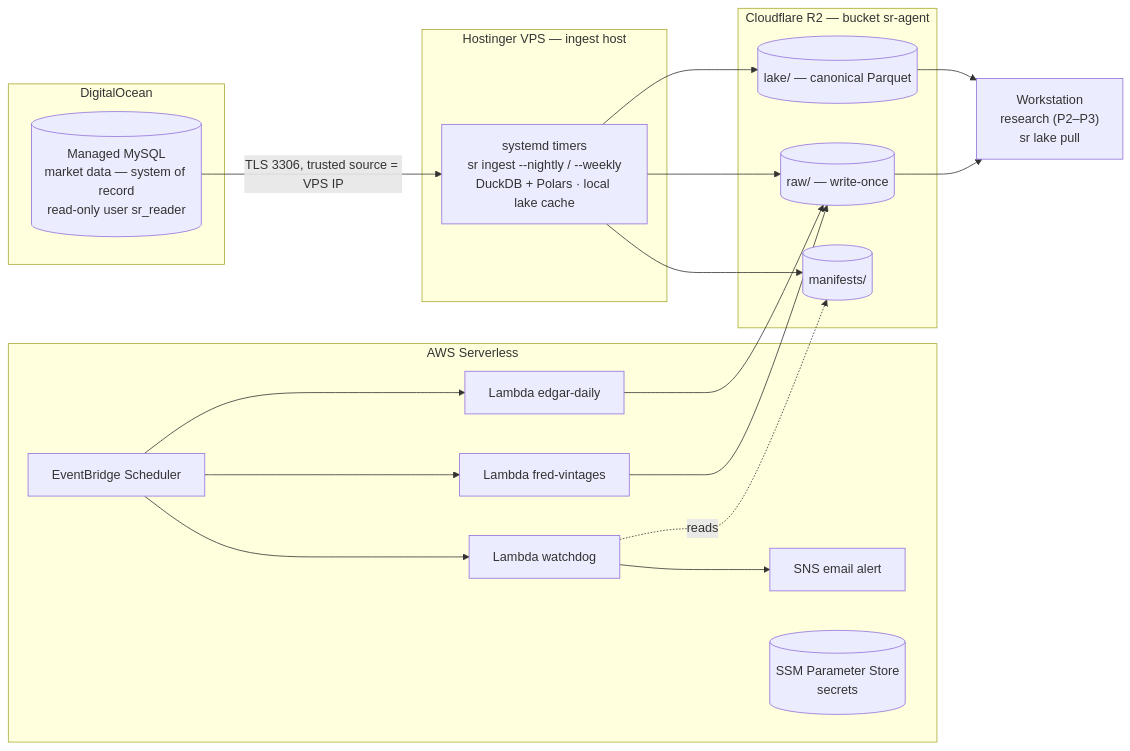
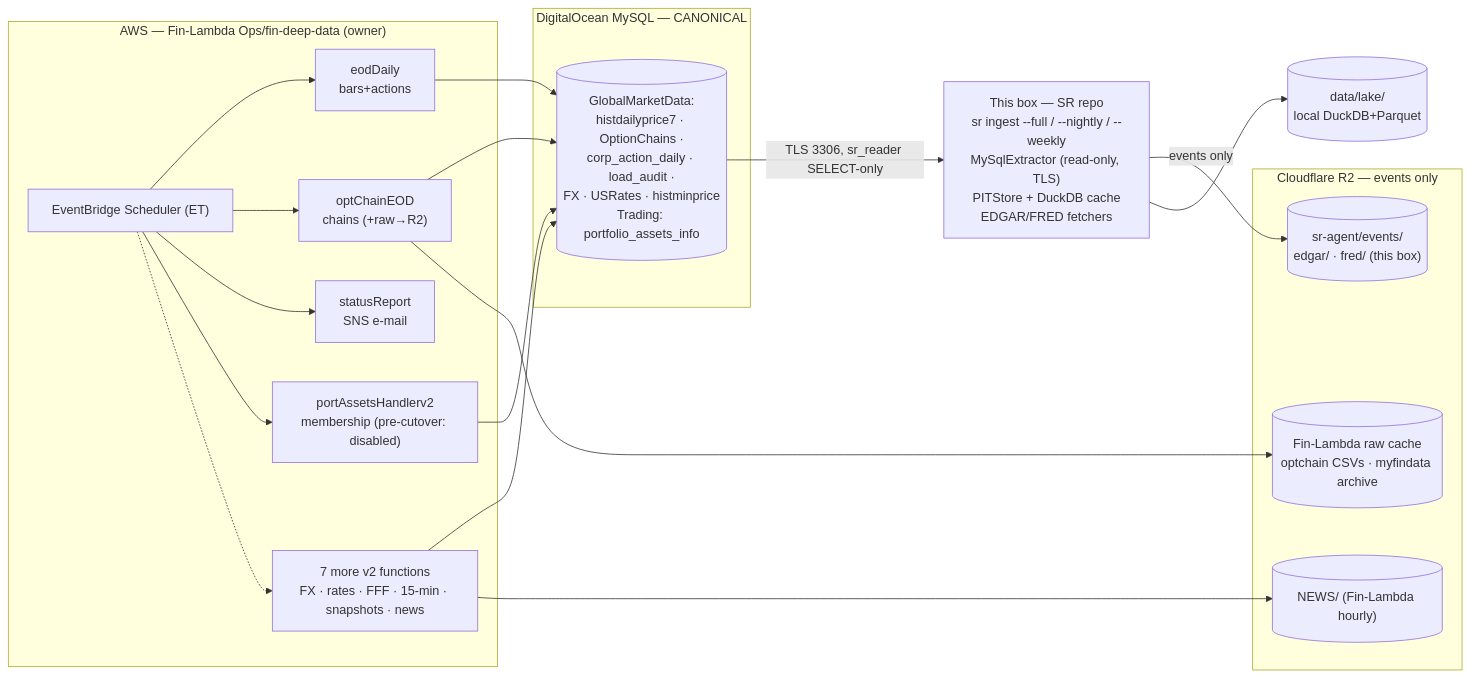
The seventh of 29 diagrams in docs/SR_Technical_Document.md (Neural-Matrix-LLC/Support-Resistance-Agent), drawn with Mermaid before and after one commit. The commit also changed other lines of this file and 2 other files, not shown here.

Commit message:
docs: P1 re-planned (v0.5) — MySQL canonical via Fin-Lambda, R2 events-only, VPS/Lambda dropped; Stage-A design

````diff
--- a/docs/SR_Technical_Document.md
+++ b/docs/SR_Technical_Document.md
@@ -718,28 +735,26 @@
 ```mermaid
 flowchart LR
-    subgraph DO["DigitalOcean"]
-        MYSQL[("Managed MySQL<br/>market data — system of record<br/>read-only user sr_reader")]
+    subgraph AWS["AWS — Fin-Lambda Ops/fin-deep-data (owner)"]
+        EB["EventBridge Scheduler (ET)"] --> F1["eodDaily<br/>bars+actions"]
+        EB --> F2["optChainEOD<br/>chains (+raw→R2)"]
+        EB --> F3["statusReport<br/>SNS e-mail"]
+        EB --> F4["portAssetsHandlerv2<br/>membership (pre-cutover: disabled)"]
+        EB -.-> F5["7 more v2 functions<br/>FX · rates · FFF · 15-min · snapshots · news"]
     end
-    subgraph HV["Hostinger VPS — ingest host"]
-        JOBS["systemd timers<br/>sr ingest --nightly / --weekly<br/>DuckDB + Polars · local lake cache"]
+    subgraph DO["DigitalOcean MySQL — CANONICAL"]
+        MYSQL[("GlobalMarketData:<br/>histdailyprice7 · OptionChains ·<br/>corp_action_daily · load_audit ·<br/>FX · USRates · histminprice<br/>Trading: portfolio_assets_info")]
     end
-    subgraph AWS["AWS Serverless"]
-        EB["EventBridge Scheduler"] --> L1["Lambda edgar-daily"]
-        EB --> L2["Lambda fred-vintages"]
-        EB --> L3["Lambda watchdog"]
-        L3 --> SNS["SNS email alert"]
-        SSM[("SSM Parameter Store<br/>secrets")]
+    subgraph CF["Cloudflare R2 — events only"]
+        RNEWS[("NEWS/ (Fin-Lambda hourly)")]
+        REVT[("sr-agent/events/<br/>edgar/ · fred/ (this box)")]
+        RRAW2[("Fin-Lambda raw cache<br/>optchain CSVs · myfindata archive")]
     end
-    subgraph CF["Cloudflare R2 — bucket sr-agent"]
-        RRAW[("raw/ — write-once")]
-        RLAKE[("lake/ — canonical Parquet")]
-        RMAN[("manifests/")]
-    end
-    WS["Workstation<br/>research (P2–P3)<br/>sr lake pull"]
-    MYSQL -- "TLS 3306, trusted source = VPS IP" --> JOBS
-    JOBS --> RRAW & RLAKE & RMAN
-    L1 & L2 --> RRAW
-    L3 -. "reads" .-> RMAN
-    RLAKE --> WS
-    RRAW --> WS
+    BOX["This box — SR repo<br/>sr ingest --full / --nightly / --weekly<br/>MySqlExtractor (read-only, TLS)<br/>PITStore + DuckDB cache<br/>EDGAR/FRED fetchers"]
+    MYSQL -- "TLS 3306, sr_reader SELECT-only" --> BOX
+    F1 & F2 & F4 --> MYSQL
+    F2 --> RRAW2
+    F5 --> MYSQL
+    F5 --> RNEWS
+    BOX -- "events only" --> REVT
+    BOX --> CACHE2[("data/lake/<br/>local DuckDB+Parquet")]
 ```
````
